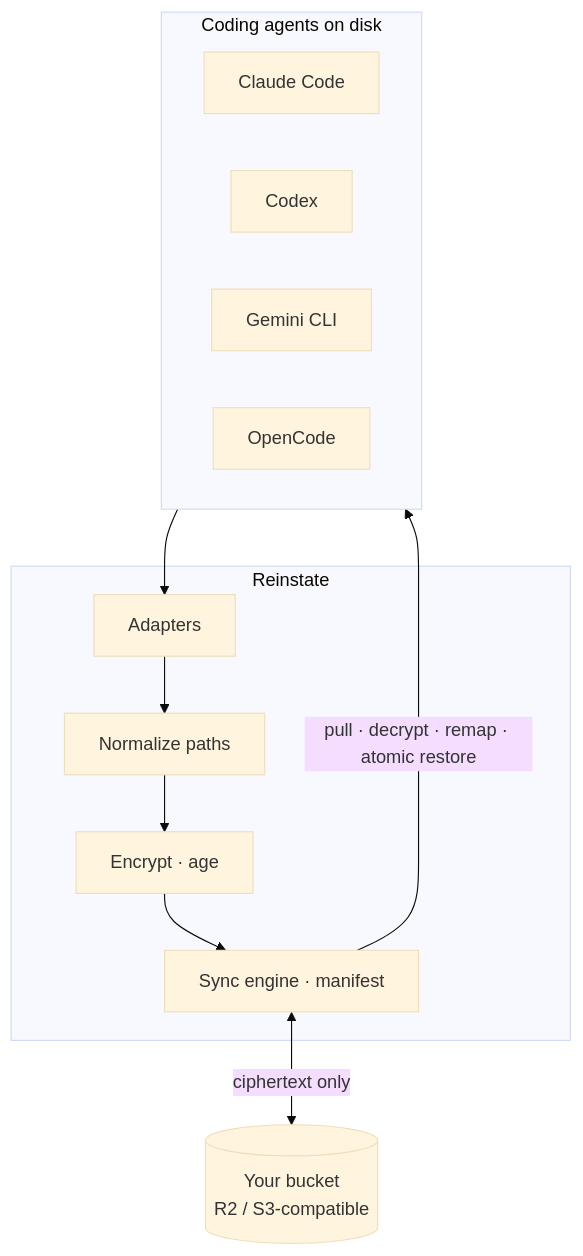
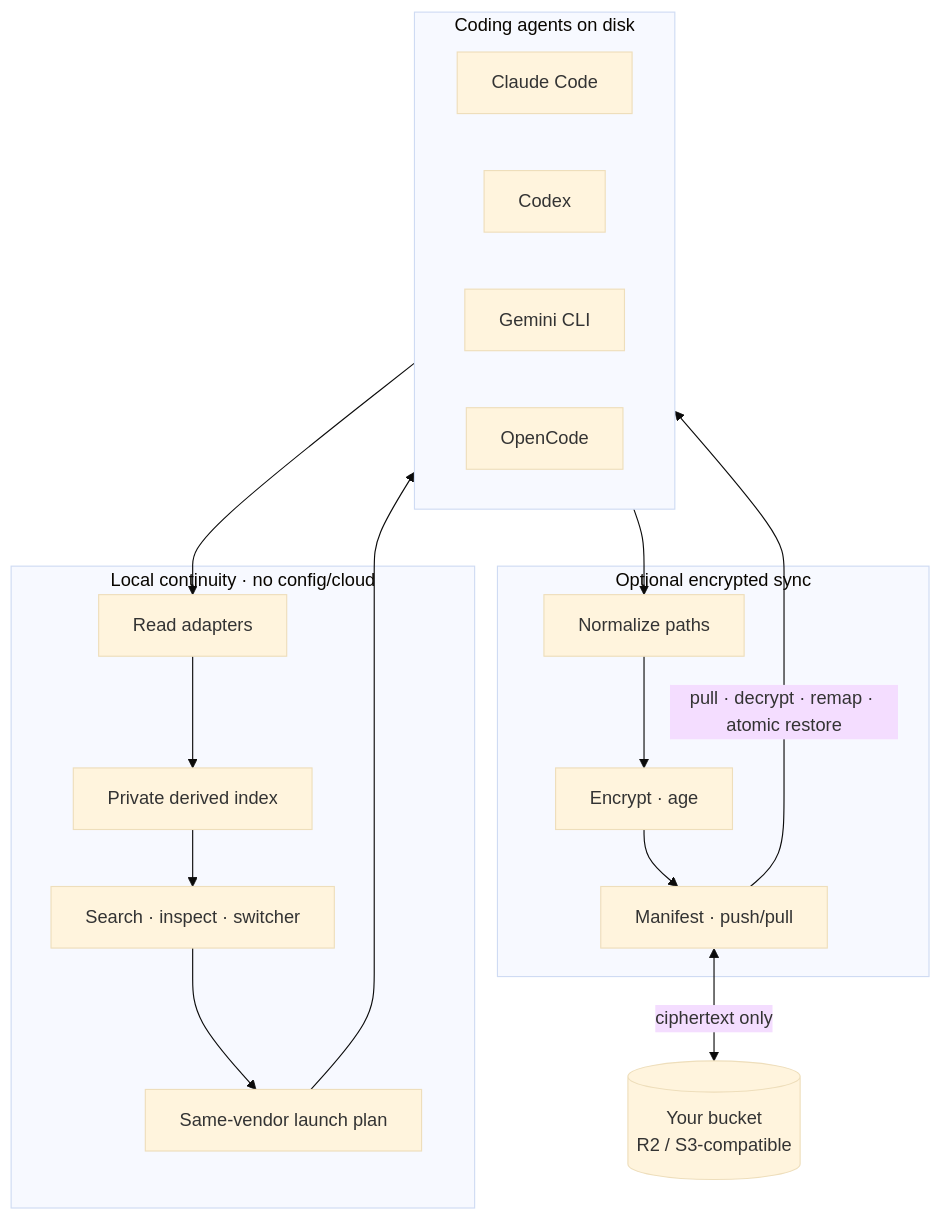
The third of 3 diagrams in README.md (HarjjotSinghh/reinstate), drawn with Mermaid (base theme) before and after one commit. The commit also changed other lines of this file and 44 other files, not shown here.

Commit message:
feat: add phase 2 local session index

````diff
--- a/README.md
+++ b/README.md
@@ -225,19 +273,25 @@
 ```mermaid
 flowchart TB
   subgraph Agents["Coding agents on disk"]
     CC[Claude Code]
     CX[Codex]
     GM[Gemini CLI]
     OC[OpenCode]
   end
-  subgraph Pipeline["Reinstate"]
-    AD[Adapters]
+  subgraph Local["Local continuity · no config/cloud"]
+    AD[Read adapters]
+    IX[Private derived index]
+    Q[Search · inspect · switcher]
+    EX[Same-vendor launch plan]
+  end
+  subgraph Sync["Optional encrypted sync"]
     NM[Normalize paths]
     EN[Encrypt · age]
-    SY[Sync engine · manifest]
+    SY[Manifest · push/pull]
   end
   BK[(Your bucket<br/>R2 / S3-compatible)]
-  Agents --> AD --> NM --> EN --> SY
+  Agents --> AD --> IX --> Q --> EX --> Agents
+  Agents --> NM --> EN --> SY
   SY <-->|ciphertext only| BK
   SY -->|pull · decrypt · remap · atomic restore| Agents
 ```
````
